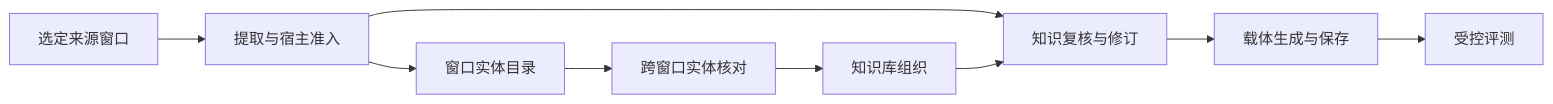
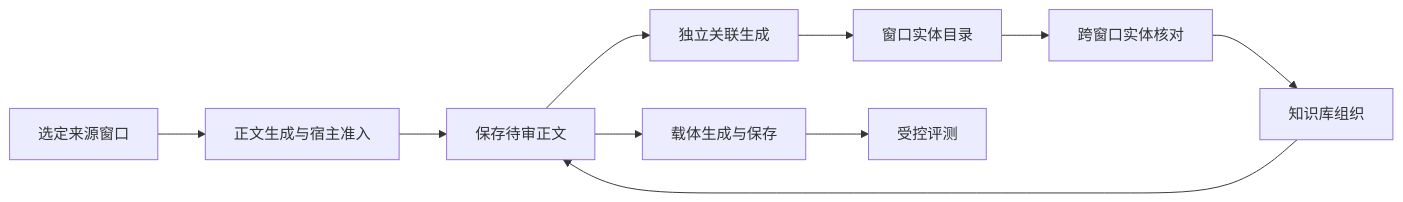
The diagram in docs/zh/specs/knowledge/knowledge-domain-model.md (lizhiyao/oh-my-knowledge), drawn with Mermaid before and after one commit. The commit also changed other lines of this file and 183 other files, not shown here.

First line of the commit message:
refactor(knowledge)!: BREAKING-SCHEMA/API/COMPARABILITY 以完整正文为主数据 (#1381)

````diff
--- a/docs/zh/specs/knowledge/knowledge-domain-model.md
+++ b/docs/zh/specs/knowledge/knowledge-domain-model.md
@@ -29,11 +30,12 @@
 ```mermaid
 flowchart LR
-  source[选定来源窗口] --> extract[提取与宿主准入]
-  extract --> catalog[窗口实体目录]
-  extract --> knowledge[知识复核与修订]
+  source[选定来源窗口] --> extract[正文生成与宿主准入]
+  extract --> knowledge[保存待审正文]
+  knowledge --> association[独立关联生成]
+  association --> catalog[窗口实体目录]
   catalog --> review[跨窗口实体核对]
   review --> library[知识库组织]
   library --> knowledge
   knowledge --> carrier[载体生成与保存]
   carrier --> evaluate[受控评测]
 ```
````
